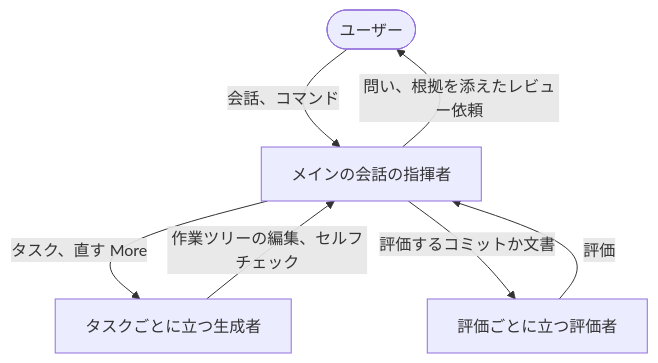
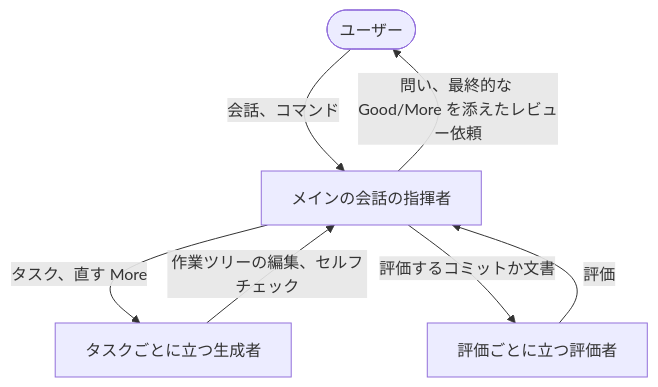
Before and after one commit to lovaizu/ccpm: the second of 5 diagrams in rn/docs/design.md, drawn with Mermaid. The commit also changed other lines of this file and 1 other file, not shown here.

Commit message:
docs(rn): the evaluator evaluates once; the conductor settles the More with the generator, then asks for review with the final Good/More or goes back to working things out when a fatal More remains

````diff
--- a/rn/docs/design.md
+++ b/rn/docs/design.md
@@ -55,13 +57,13 @@
 ```mermaid
 flowchart TD
     U(["ユーザー"])
     C["メインの会話の指揮者"]
     G["タスクごとに立つ生成者"]
     E["評価ごとに立つ評価者"]
     U -->|"会話、コマンド"| C
-    C -->|"問い、根拠を添えたレビュー依頼"| U
+    C -->|"問い、最終的な Good/More を添えたレビュー依頼"| U
     C -->|"タスク、直す More"| G
     G -->|"作業ツリーの編集、セルフチェック"| C
     C -->|"評価するコミットか文書"| E
     E -->|"評価"| C
 ```
````
